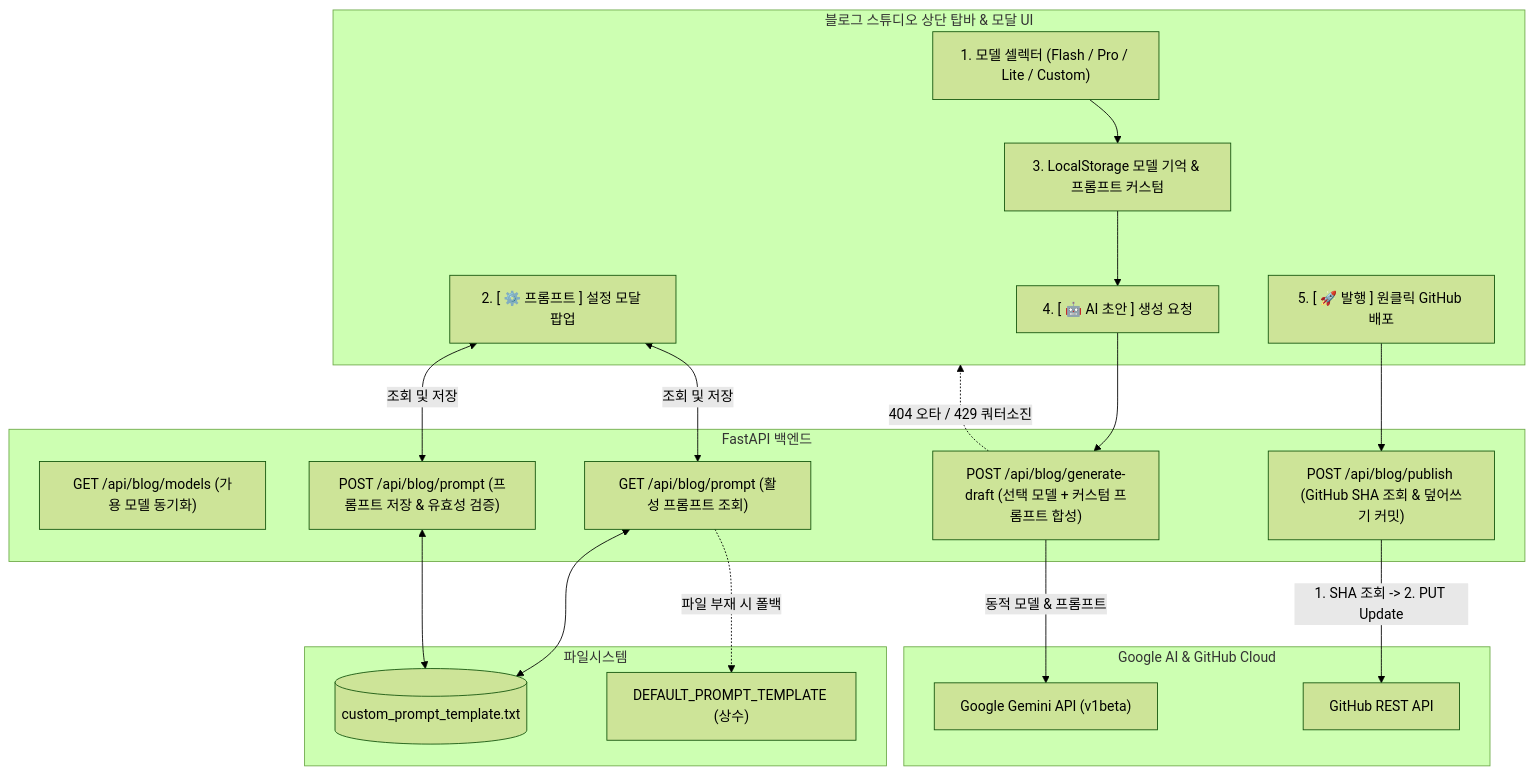
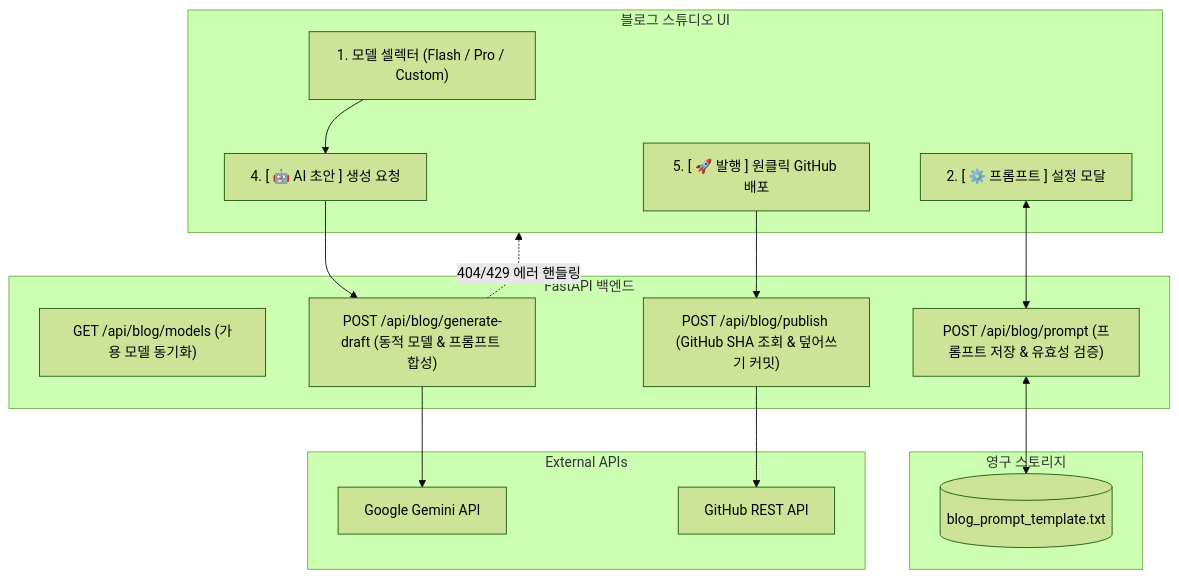
One commit to daniel-dataflow/daniel-dataflow.github.io changed the diagram in content/posts/picksafe/2026-08-30-블로그-스튜디오-AI-모델-동적-선택기-및-쿼터-안전망-구축.md. Above: the diagram before and after it, drawn with Mermaid (forest theme). The commit also changed other lines of this file and 61 other files, not shown here.

````diff
--- a/content/posts/picksafe/2026-08-30-블로그-스튜디오-AI-모델-동적-선택기-및-쿼터-안전망-구축.md
+++ b/content/posts/picksafe/2026-08-30-블로그-스튜디오-AI-모델-동적-선택기-및-쿼터-안전망-구축.md
@@ -32,40 +37,30 @@
 ```mermaid
 flowchart TD
-    subgraph Frontend_UI ["블로그 스튜디오 상단 탑바 & 모달 UI"]
-        M1["1. 모델 셀렉터 (Flash / Pro / Lite / Custom)"]
-        M2["2. [ ⚙️ 프롬프트 ] 설정 모달 팝업"]
-        M3["3. LocalStorage 모델 기억 & 프롬프트 커스텀"]
+    subgraph Frontend_UI ["블로그 스튜디오 UI"]
+        M1["1. 모델 셀렉터 (Flash / Pro / Custom)"]
+        M2["2. [ ⚙️ 프롬프트 ] 설정 모달"]
         M4["4. [ 🤖 AI 초안 ] 생성 요청"]
         M5["5. [ 🚀 발행 ] 원클릭 GitHub 배포"]
     end
 
     subgraph Backend_Router ["FastAPI 백엔드"]
         B1["GET /api/blog/models (가용 모델 동기화)"]
-        B2["GET /api/blog/prompt (활성 프롬프트 조회)"]
         B3["POST /api/blog/prompt (프롬프트 저장 & 유효성 검증)"]
-        B4["POST /api/blog/generate-draft (선택 모델 + 커스텀 프롬프트 합성)"]
+        B4["POST /api/blog/generate-draft (동적 모델 & 프롬프트 합성)"]
         B5["POST /api/blog/publish (GitHub SHA 조회 & 덮어쓰기 커밋)"]
     end
 
-    subgraph Storage_Layer ["파일시스템"]
-        P_FILE[("custom_prompt_template.txt")]
-        DEF_P["DEFAULT_PROMPT_TEMPLATE (상수)"]
+    subgraph Storage_Layer ["영구 스토리지"]
+        P_FILE[("blog_prompt_template.txt")]
     end
 
-    subgraph External_Cloud ["Google AI & GitHub Cloud"]
-        G_AI["Google Gemini API (v1beta)"]
+    subgraph External_Cloud ["External APIs"]
+        G_AI["Google Gemini API"]
         GH_API["GitHub REST API"]
     end
 
-    M2 <-->|조회 및 저장| B2 & B3
-    B2 & B3 <--> P_FILE
-    B2 -.->|파일 부재 시 폴백| DEF_P
-
-    M1 --> M3 --> M4
-    M4 --> B4
-    B4 -->|동적 모델 & 프롬프트| G_AI
-    B4 -.->|404 오타 / 429 쿼터소진| Frontend_UI
-
-    M5 --> B5
-    B5 -->|1. SHA 조회 -> 2. PUT Update| GH_API
+    M2 <--> B3 <--> P_FILE
+    M1 --> M4 --> B4 --> G_AI
+    B4 -.->|404/429 에러 핸들링| Frontend_UI
+    M5 --> B5 --> GH_API
 ```
````
